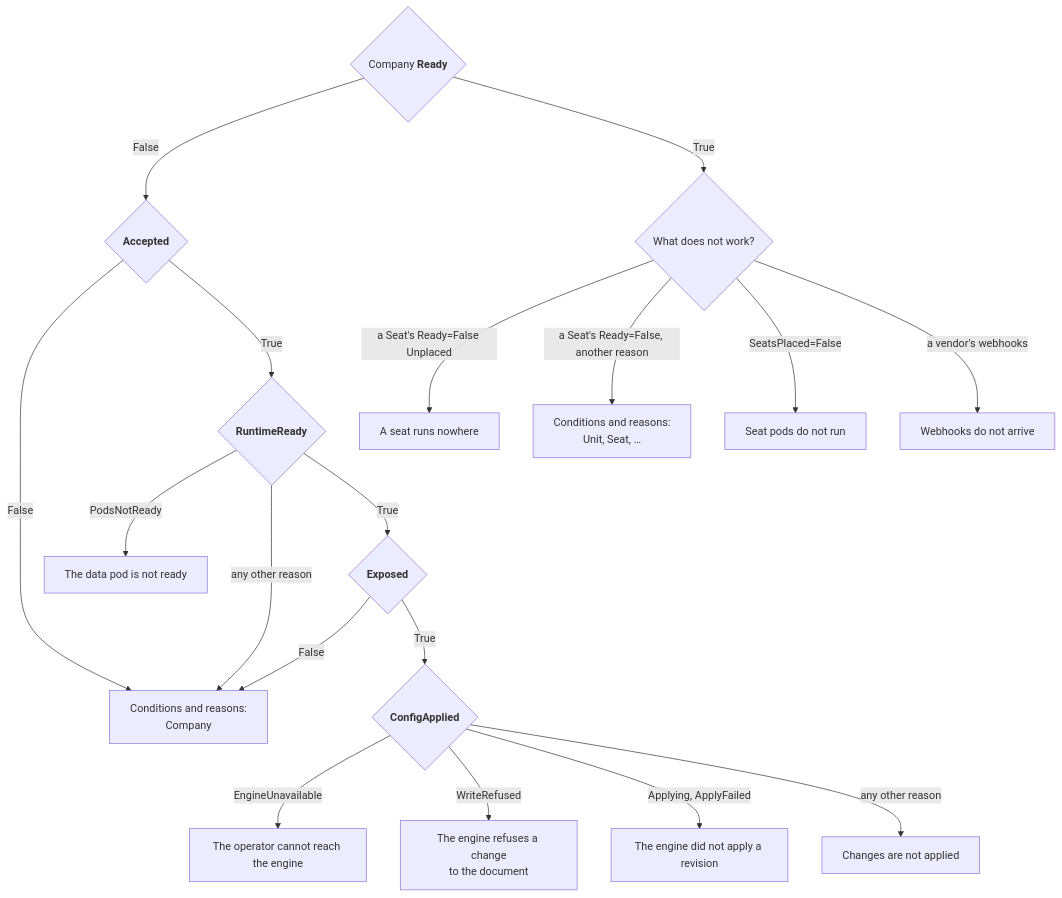
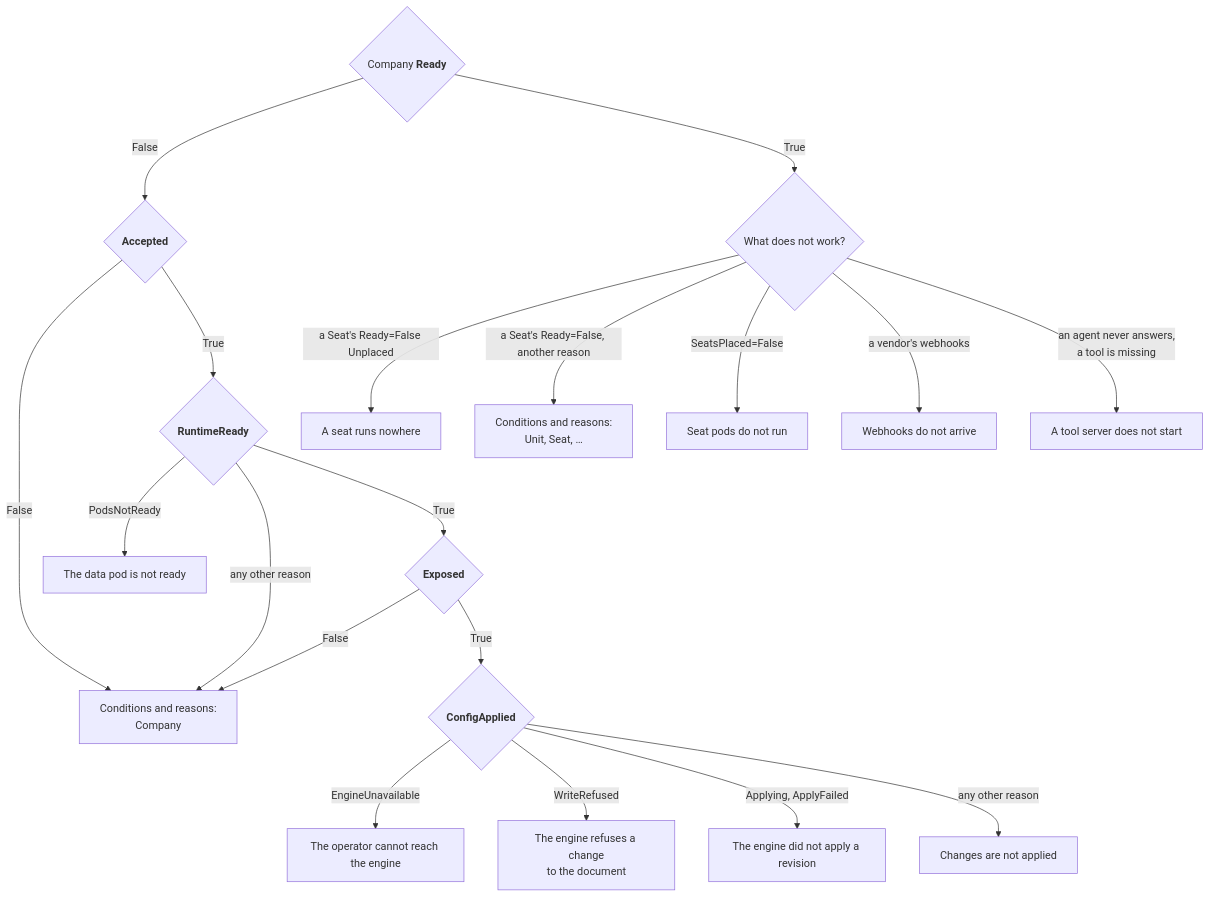
The diagram in docs/guides/troubleshooting.md (crewlet/crewlet-operator), drawn with Mermaid before and after one commit. The commit also changed other lines of this file and 13 other files, not shown here.

````diff
--- a/docs/guides/troubleshooting.md
+++ b/docs/guides/troubleshooting.md
@@ -22,21 +22,22 @@
 ```mermaid
 flowchart TD
     R{"Company <b>Ready</b>"}
     R -->|False| A{"<b>Accepted</b>"}
     R -->|True| SYM{"What does not work?"}
     A -->|False| CL["Conditions and reasons:<br/>Company"]
     A -->|True| RT{"<b>RuntimeReady</b>"}
     RT -->|PodsNotReady| POD["The data pod is not ready"]
     RT -->|"any other reason"| CL
     RT -->|True| EX{"<b>Exposed</b>"}
     EX -->|False| CL
     EX -->|True| CA{"<b>ConfigApplied</b>"}
     CA -->|EngineUnavailable| UN["The operator cannot reach the engine"]
     CA -->|WriteRefused| WR["The engine refuses a change<br/>to the document"]
     CA -->|"Applying, ApplyFailed"| AF["The engine did not apply a revision"]
     CA -->|"any other reason"| NA["Changes are not applied"]
     SYM -->|"a Seat's Ready=False Unplaced"| NW["A seat runs nowhere"]
     SYM -->|"a Seat's Ready=False, another reason"| CS["Conditions and reasons:<br/>Unit, Seat, …"]
     SYM -->|"SeatsPlaced=False"| SP["Seat pods do not run"]
     SYM -->|"a vendor's webhooks"| WH["Webhooks do not arrive"]
+    SYM -->|"an agent never answers,<br/>a tool is missing"| TS["A tool server does not start"]
 ```
````
